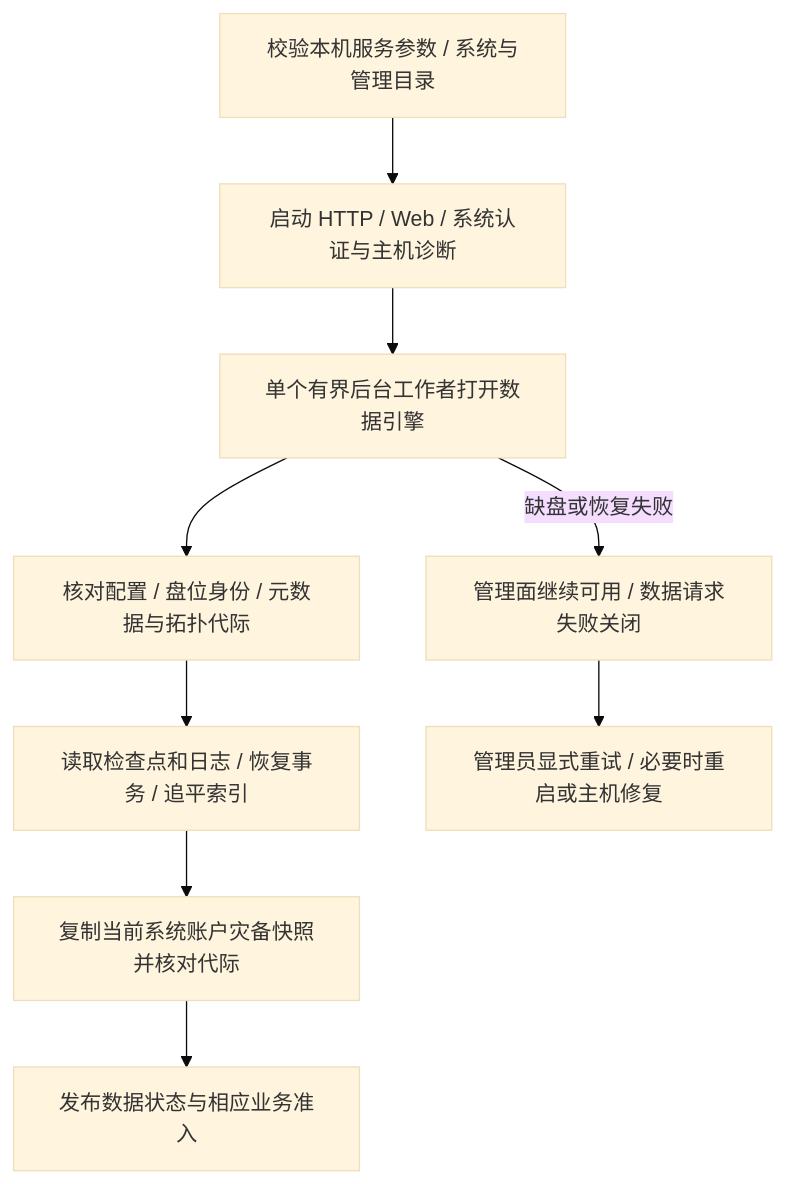
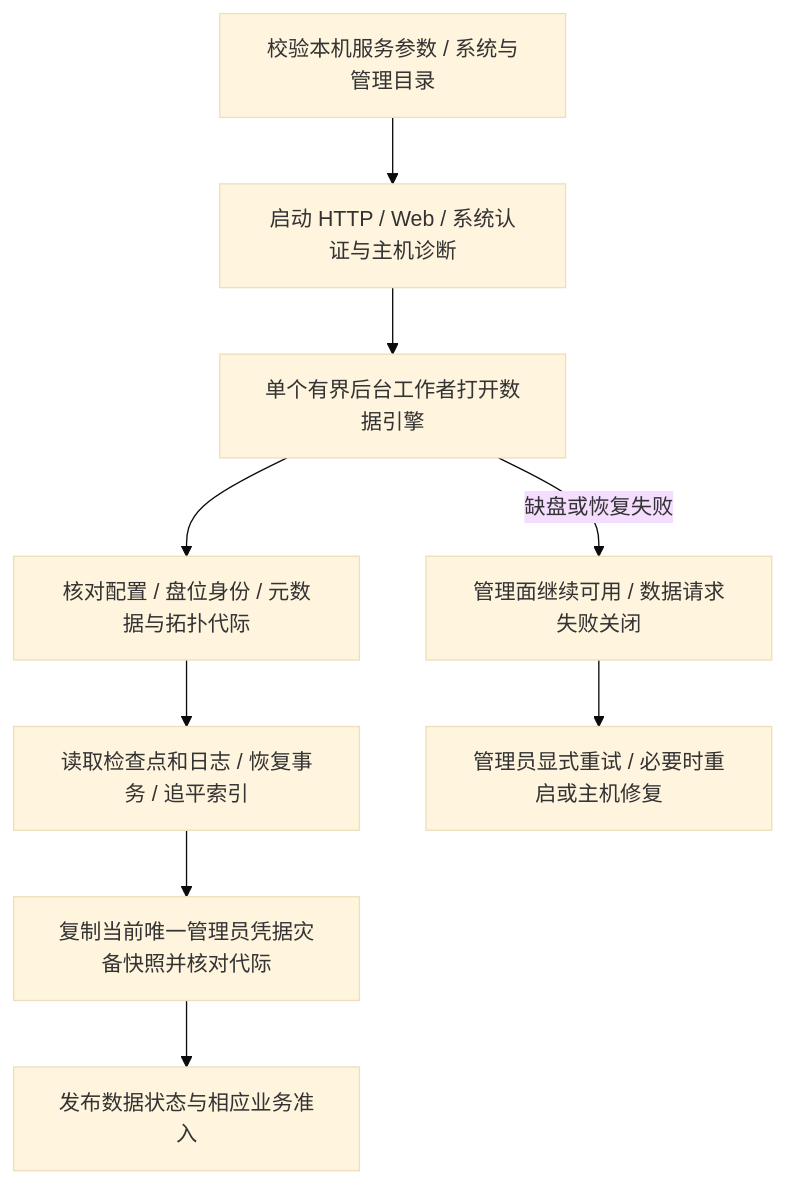
One commit to isarmg/xcs changed the diagram in docs/17-lifecycle-and-maintenance.md. Above: the diagram before and after it, drawn with Mermaid (base theme). The commit also changed other lines of this file and 199 other files, not shown here.

````diff
--- a/docs/17-lifecycle-and-maintenance.md
+++ b/docs/17-lifecycle-and-maintenance.md
@@ -31,11 +31,11 @@
 ```mermaid
 flowchart TB
     A[校验本机服务参数 / 系统与管理目录] --> B[启动 HTTP / Web / 系统认证与主机诊断]
     B --> C[单个有界后台工作者打开数据引擎]
     C --> D[核对配置 / 盘位身份 / 元数据与拓扑代际]
     D --> E[读取检查点和日志 / 恢复事务 / 追平索引]
-    E --> F[复制当前系统账户灾备快照并核对代际]
+    E --> F[复制当前唯一管理员凭据灾备快照并核对代际]
     F --> G[发布数据状态与相应业务准入]
     C -->|缺盘或恢复失败| H[管理面继续可用 / 数据请求失败关闭]
     H --> I[管理员显式重试 / 必要时重启或主机修复]
 ```
````
